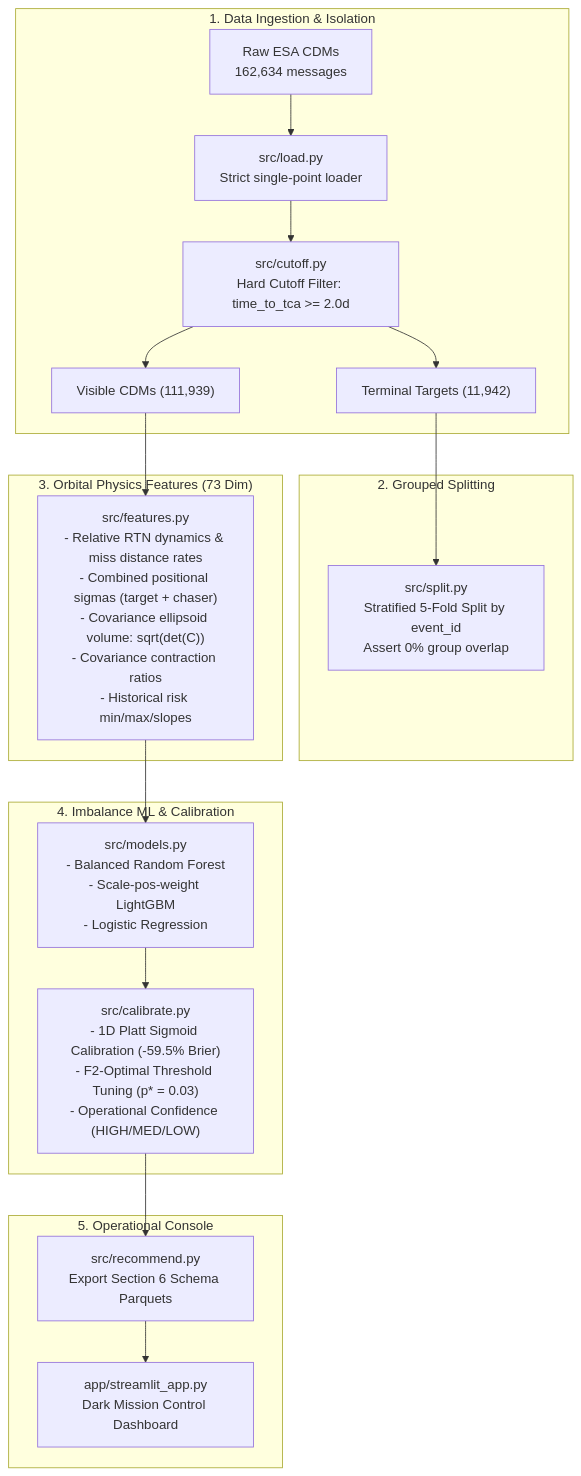
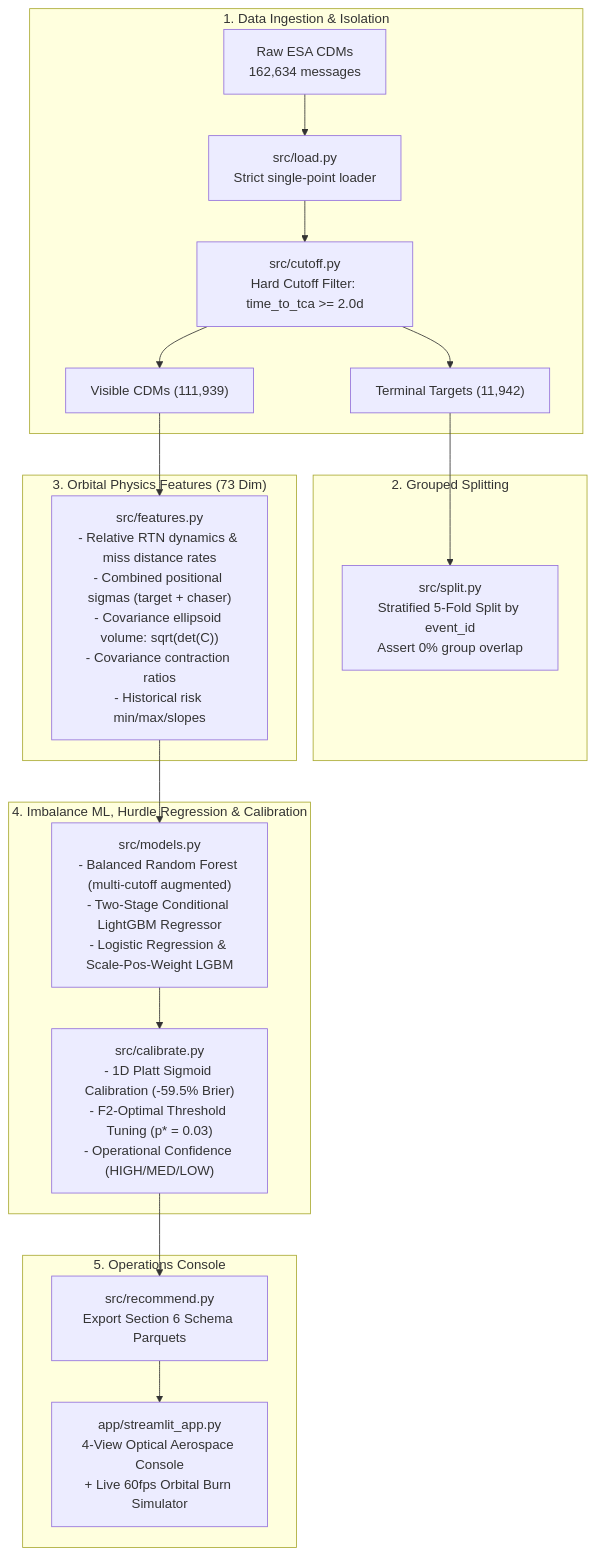
The diagram in README.md (NotNirav/NearMiss), drawn with Mermaid before and after one commit. The commit also changed other lines of this file and 4 other files, not shown here.

````diff
--- a/README.md
+++ b/README.md
@@ -66,27 +68,27 @@
 ```mermaid
 flowchart TD
     subgraph Data["1. Data Ingestion & Isolation"]
         RAW["Raw ESA CDMs\n162,634 messages"] --> LOAD["src/load.py\nStrict single-point loader"]
         LOAD --> CUTOFF["src/cutoff.py\nHard Cutoff Filter: time_to_tca >= 2.0d"]
         CUTOFF --> VIS["Visible CDMs (111,939)"]
         CUTOFF --> TGT["Terminal Targets (11,942)"]
     end
 
     subgraph Split["2. Grouped Splitting"]
         TGT --> STRAT["src/split.py\nStratified 5-Fold Split by event_id\nAssert 0% group overlap"]
     end
 
     subgraph Feat["3. Orbital Physics Features (73 Dim)"]
         VIS --> FEAT["src/features.py\n- Relative RTN dynamics & miss distance rates\n- Combined positional sigmas (target + chaser)\n- Covariance ellipsoid volume: sqrt(det(C))\n- Covariance contraction ratios\n- Historical risk min/max/slopes"]
     end
 
-    subgraph ML["4. Imbalance ML & Calibration"]
-        FEAT --> TRAIN["src/models.py\n- Balanced Random Forest\n- Scale-pos-weight LightGBM\n- Logistic Regression"]
+    subgraph ML["4. Imbalance ML, Hurdle Regression & Calibration"]
+        FEAT --> TRAIN["src/models.py\n- Balanced Random Forest (multi-cutoff augmented)\n- Two-Stage Conditional LightGBM Regressor\n- Logistic Regression & Scale-Pos-Weight LGBM"]
         TRAIN --> PLATT["src/calibrate.py\n- 1D Platt Sigmoid Calibration (-59.5% Brier)\n- F2-Optimal Threshold Tuning (p* = 0.03)\n- Operational Confidence (HIGH/MED/LOW)"]
     end
 
-    subgraph Export["5. Operational Console"]
+    subgraph Export["5. Operations Console"]
         PLATT --> REC["src/recommend.py\nExport Section 6 Schema Parquets"]
-        REC --> APP["app/streamlit_app.py\nDark Mission Control Dashboard"]
+        REC --> APP["app/streamlit_app.py\n4-View Optical Aerospace Console\n+ Live 60fps Orbital Burn Simulator"]
     end
 ```
````
